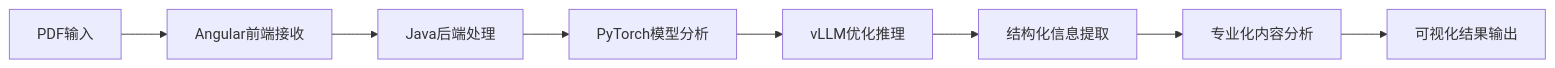
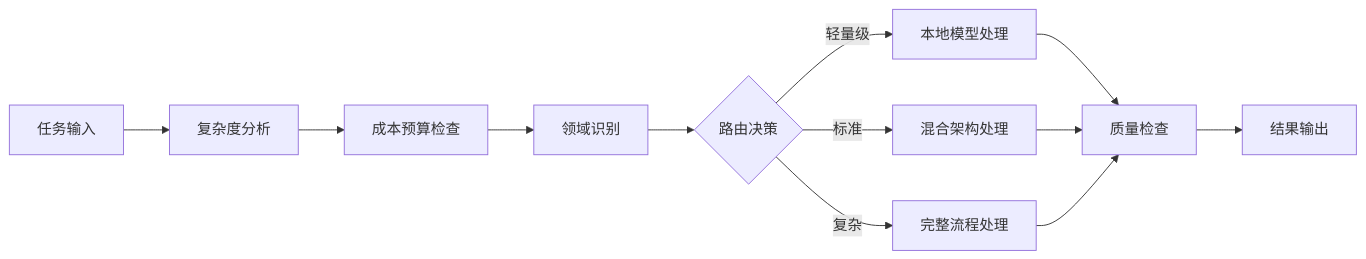
Before and after one commit to sawyerbutton/DT-LLM-X-Course-Design: the diagram in Public_Course_Content/04_技术对比演示方案.md, drawn with Mermaid. The commit also changed other lines of this file and 4 other files, not shown here.

````diff
--- a/Public_Course_Content/04_技术对比演示方案.md
+++ b/Public_Course_Content/04_技术对比演示方案.md
@@ -122,10 +168,14 @@
 ```mermaid
 graph LR
-    A[PDF输入] --> B[Angular前端接收]
-    B --> C[Java后端处理]
-    C --> D[PyTorch模型分析]
-    D --> E[vLLM优化推理]
-    E --> F[结构化信息提取]
-    F --> G[专业化内容分析]
-    G --> H[可视化结果输出]
+    A[任务输入] --> B[复杂度分析]
+    B --> C[成本预算检查]
+    C --> D[领域识别]
+    D --> E{路由决策}
+    E -->|轻量级| F[本地模型处理]
+    E -->|标准| G[混合架构处理]
+    E -->|复杂| H[完整流程处理]
+    F --> I[质量检查]
+    G --> I
+    H --> I
+    I --> J[结果输出]
 ```
````
